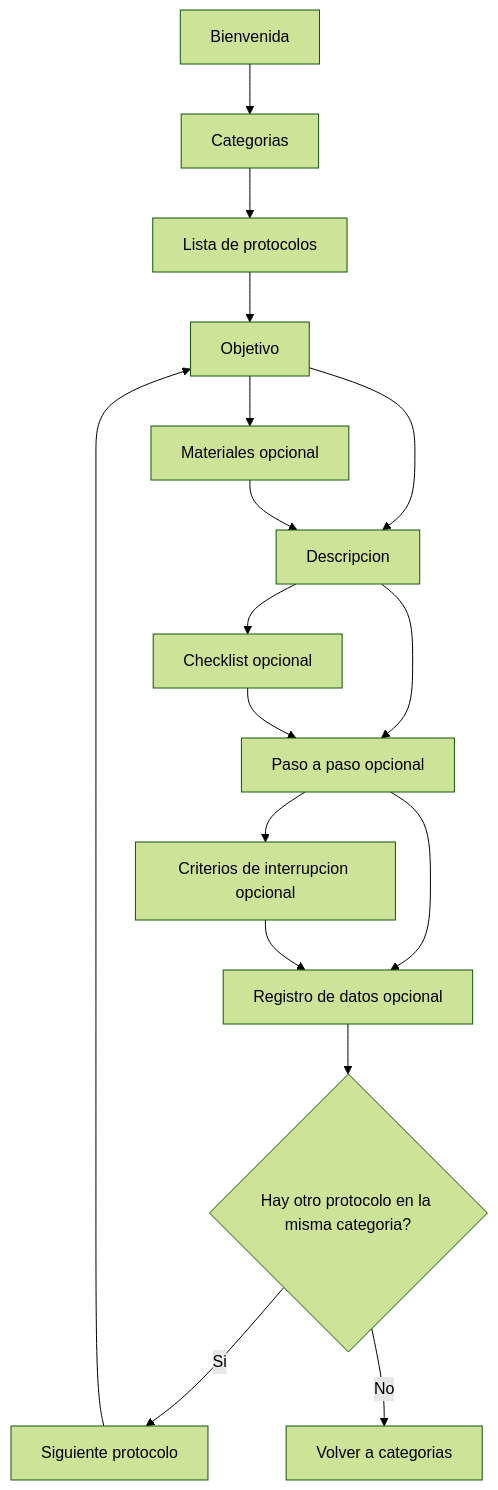
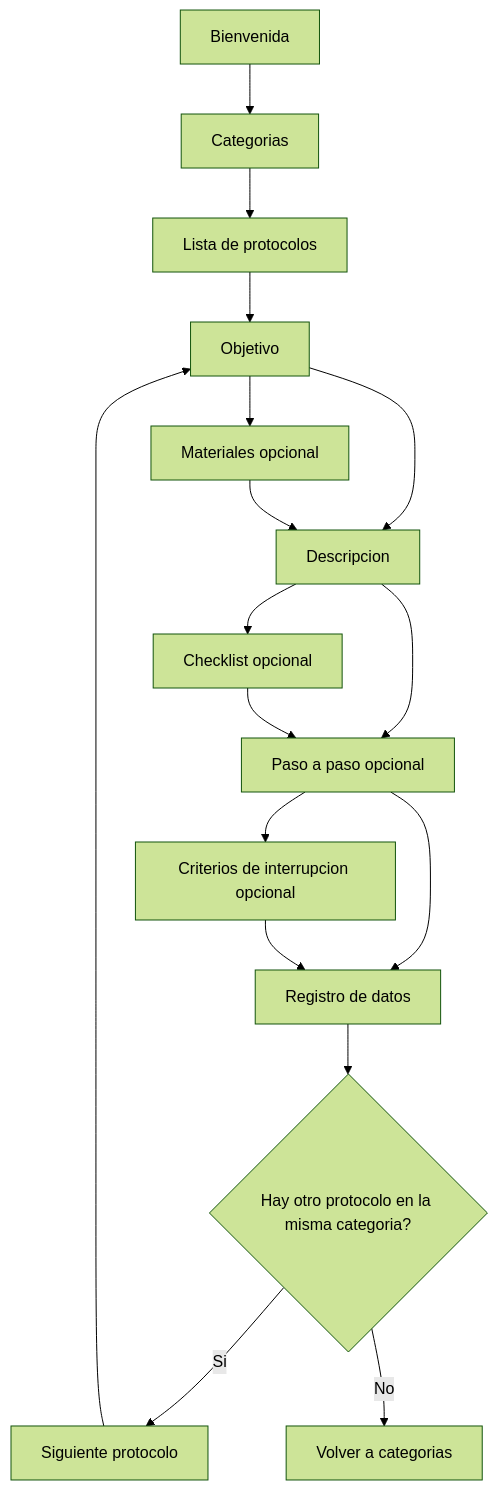
One commit to GRAN-J/sportmetric changed the first of 7 diagrams in docs/APP_FLOW.md. Above: the diagram before and after it, drawn with Mermaid (forest theme). The commit also changed other lines of this file and 7 other files, not shown here.

````diff
--- a/docs/APP_FLOW.md
+++ b/docs/APP_FLOW.md
@@ -14,19 +24,19 @@
 ```mermaid
 flowchart TD
   A["Bienvenida"] --> B["Categorias"]
   B --> C["Lista de protocolos"]
   C --> D["Objetivo"]
   D --> E["Materiales opcional"]
   D --> F["Descripcion"]
   E --> F
   F --> G["Checklist opcional"]
   F --> H["Paso a paso opcional"]
   G --> H
   H --> I["Criterios de interrupcion opcional"]
-  H --> J["Registro de datos opcional"]
+  H --> J["Registro de datos"]
   I --> J
   J --> K{"Hay otro protocolo en la misma categoria?"}
   K -->|Si| L["Siguiente protocolo"]
   K -->|No| M["Volver a categorias"]
   L --> D
 ```
````
